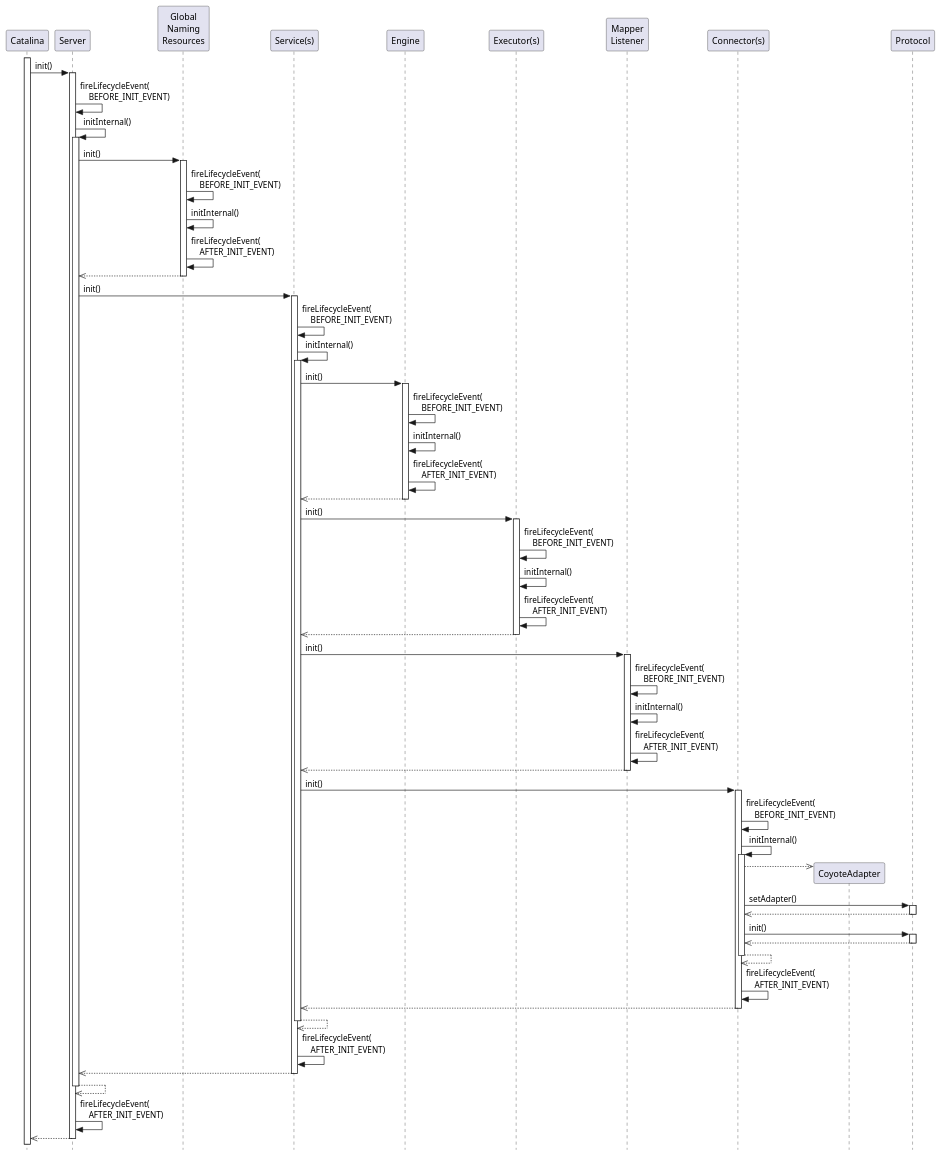
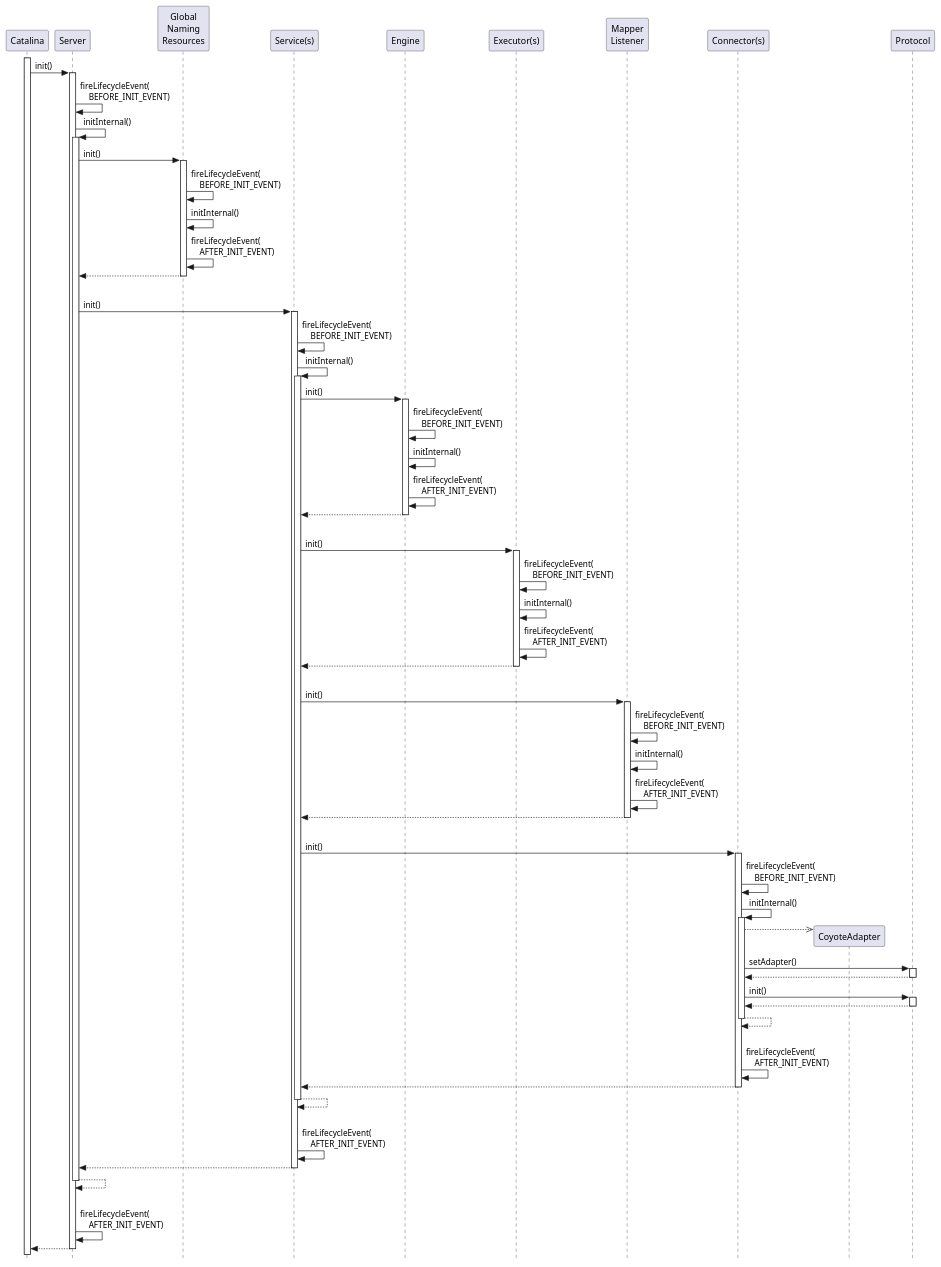
The diagram in webapps/docs/architecture/startup/2_catalina_init.plantuml (apache/tomcat), drawn with PlantUML before and after one commit. The commit also changed 5 other files, not shown here.

```diff
--- a/webapps/docs/architecture/startup/2_catalina_init.plantuml
+++ b/webapps/docs/architecture/startup/2_catalina_init.plantuml
@@ -1,111 +1,97 @@
 @startuml
 
 ' Licensed to the Apache Software Foundation (ASF) under one or more
 ' contributor license agreements.  See the NOTICE file distributed with
 ' this work for additional information regarding copyright ownership.
 ' The ASF licenses this file to You under the Apache License, Version 2.0
 ' (the "License"); you may not use this file except in compliance with
 ' the License.  You may obtain a copy of the License at
 '
 '     http://www.apache.org/licenses/LICENSE-2.0
 '
 ' Unless required by applicable law or agreed to in writing, software
 ' distributed under the License is distributed on an "AS IS" BASIS,
 ' WITHOUT WARRANTIES OR CONDITIONS OF ANY KIND, either express or implied.
 ' See the License for the specific language governing permissions and
 ' limitations under the License.
 
 hide footbox
 skinparam style strictuml
 
 activate Catalina
 
 Catalina -> Server ++: init()
 
 Server -> Server: fireLifecycleEvent(\n    BEFORE_INIT_EVENT)
 
 Server -> Server ++: initInternal()
 
 Server -> "Global\nNaming\nResources" as GNR ++: init()
-
 GNR -> GNR: fireLifecycleEvent(\n    BEFORE_INIT_EVENT)
 GNR -> GNR: initInternal()
 GNR -> GNR: fireLifecycleEvent(\n    AFTER_INIT_EVENT)
+return
 
-Server  <<-- GNR
-deactivate GNR
-
+|||
 Server -> "Service(s)" as Services ++: init()
 
 Services -> Services: fireLifecycleEvent(\n    BEFORE_INIT_EVENT)
 
 Services -> Services ++: initInternal()
 
 Services -> Engine ++: init()
-
 Engine -> Engine: fireLifecycleEvent(\n    BEFORE_INIT_EVENT)
 Engine -> Engine: initInternal()
 Engine -> Engine: fireLifecycleEvent(\n    AFTER_INIT_EVENT)
+return
 
-Services <<-- Engine
-deactivate Engine
-
+|||
 Services -> "Executor(s)" as Executors ++: init()
-
 Executors -> Executors: fireLifecycleEvent(\n    BEFORE_INIT_EVENT)
 Executors -> Executors: initInternal()
 Executors -> Executors: fireLifecycleEvent(\n    AFTER_INIT_EVENT)
+return
 
-Services <<-- Executors
-deactivate Executors
-
+|||
 Services -> "Mapper\nListener" as MapperListener ++: init()
-
 MapperListener -> MapperListener: fireLifecycleEvent(\n    BEFORE_INIT_EVENT)
 MapperListener -> MapperListener: initInternal()
 MapperListener -> MapperListener: fireLifecycleEvent(\n    AFTER_INIT_EVENT)
+return
 
-Services <<-- MapperListener
-deactivate MapperListener
-
+|||
 Services -> "Connector(s)" as Connectors ++: init()
 
 Connectors -> Connectors: fireLifecycleEvent(\n    BEFORE_INIT_EVENT)
 
 Connectors -> Connectors ++: initInternal()
 
 Connectors -->> CoyoteAdapter **
 
 Connectors -> Protocol ++: setAdapter()
-Connectors <<-- Protocol
-deactivate Protocol
+return
 
 Connectors -> Protocol ++: init()
-Connectors <<-- Protocol
-deactivate Protocol
+return
 
-Connectors -->> Connectors
-deactivate Connectors
+return
 
+|||
 Connectors -> Connectors: fireLifecycleEvent(\n    AFTER_INIT_EVENT)
 
-Services <<-- Connectors
-deactivate Connectors
+return
 
-Services -->> Services
-deactivate Services
+return
 
+|||
 Services -> Services: fireLifecycleEvent(\n    AFTER_INIT_EVENT)
 
-Server <<-- Services
-deactivate Services
+return
 
-Server -->> Server
-deactivate Server
+return
 
+|||
 Server -> Server: fireLifecycleEvent(\n    AFTER_INIT_EVENT)
 
-Server -->> Catalina
-deactivate Server
-
+return
 @enduml
```
